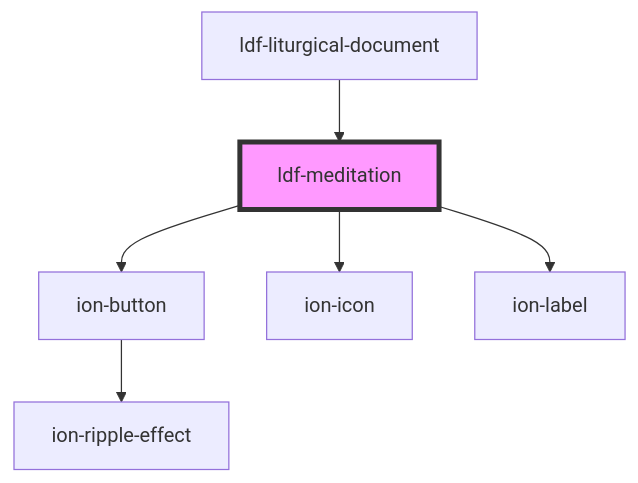
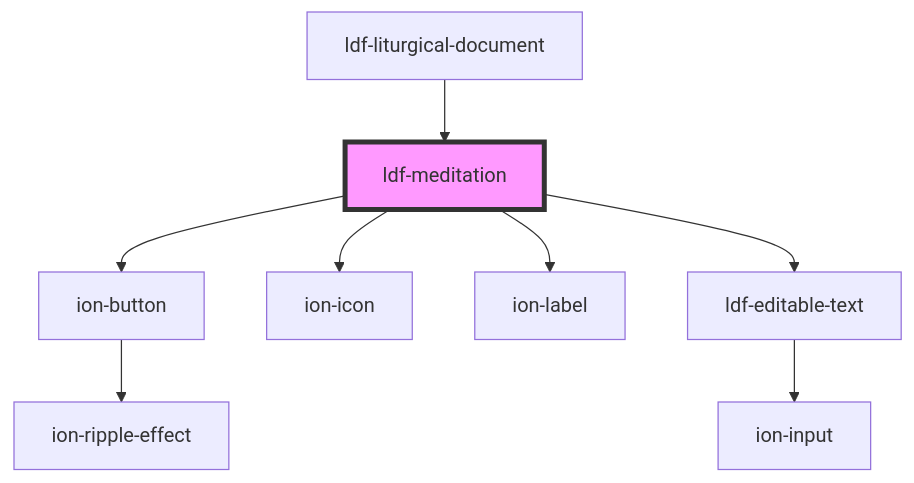
The diagram in components/src/components/meditation/readme.md (gbj/venite), drawn with Mermaid before and after one commit. The commit also changed other lines of this file and 24 other files, not shown here.

Commit message:
Better Edit/Preview button behavior, and better Meditation editable

````diff
--- a/components/src/components/meditation/readme.md
+++ b/components/src/components/meditation/readme.md
@@ -82,9 +83,11 @@
 ```mermaid
 graph TD;
   ldf-meditation --> ion-button
   ldf-meditation --> ion-icon
   ldf-meditation --> ion-label
+  ldf-meditation --> ldf-editable-text
   ion-button --> ion-ripple-effect
+  ldf-editable-text --> ion-input
   ldf-liturgical-document --> ldf-meditation
   style ldf-meditation fill:#f9f,stroke:#333,stroke-width:4px
 ```
````
